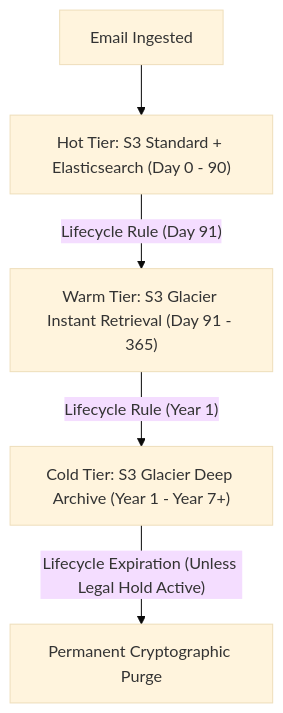
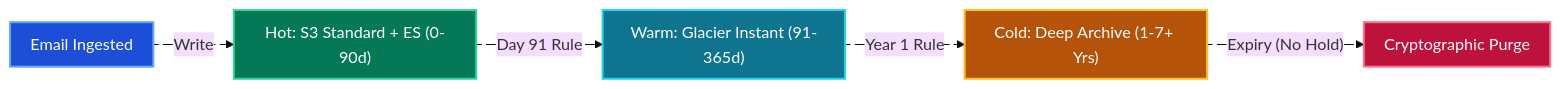
One commit to tarunbatta/tech-interview-prep changed the second of 4 diagrams in system-design/email-archive.md. Above: the diagram before and after it, drawn with Mermaid (base theme). The commit also changed other lines of this file and 30 other files, not shown here.

First line of the commit message:
docs(system-design): convert Mermaid flowcharts to LR with colors and animated edges

````diff
--- a/system-design/email-archive.md
+++ b/system-design/email-archive.md
@@ -92,7 +121,30 @@
 ```mermaid
-flowchart TD
-    Ingest["Email Ingested"] --> Hot["Hot Tier: S3 Standard + Elasticsearch (Day 0 - 90)"]
-    Hot -->|"Lifecycle Rule (Day 91)"| Warm["Warm Tier: S3 Glacier Instant Retrieval (Day 91 - 365)"]
-    Warm -->|"Lifecycle Rule (Year 1)"| Cold["Cold Tier: S3 Glacier Deep Archive (Year 1 - Year 7+)"]
-    Cold -->|"Lifecycle Expiration (Unless Legal Hold Active)"| Purge["Permanent Cryptographic Purge"]
+%%{init: {'flowchart': {'nodeSpacing': 20, 'rankSpacing': 40, 'padding': 10}}}%%
+flowchart LR
+    Ingest["Email Ingested"]
+    Hot["Hot: S3 Standard + ES (0-90d)"]
+    Warm["Warm: Glacier Instant (91-365d)"]
+    Cold["Cold: Deep Archive (1-7+ Yrs)"]
+    Purge["Cryptographic Purge"]
+    Ingest e1@-->|"Write"| Hot
+    Hot e2@-->|"Day 91 Rule"| Warm
+    Warm e3@-->|"Year 1 Rule"| Cold
+    Cold e4@-->|"Expiry (No Hold)"| Purge
+
+    e1@{ animate: true }
+    e2@{ animate: true }
+    e3@{ animate: true }
+    e4@{ animate: true }
+
+    classDef client fill:#1d4ed8,stroke:#60a5fa,stroke-width:2px,color:#ffffff
+    classDef service fill:#047857,stroke:#34d399,stroke-width:2px,color:#ffffff
+    classDef worker fill:#0e7490,stroke:#22d3ee,stroke-width:2px,color:#ffffff
+    classDef storage fill:#b45309,stroke:#fbbf24,stroke-width:2px,color:#ffffff
+    classDef cache fill:#be123c,stroke:#fb7185,stroke-width:2px,color:#ffffff
+
+    class Ingest client
+    class Hot service
+    class Warm worker
+    class Cold storage
+    class Purge cache
 ```
````
